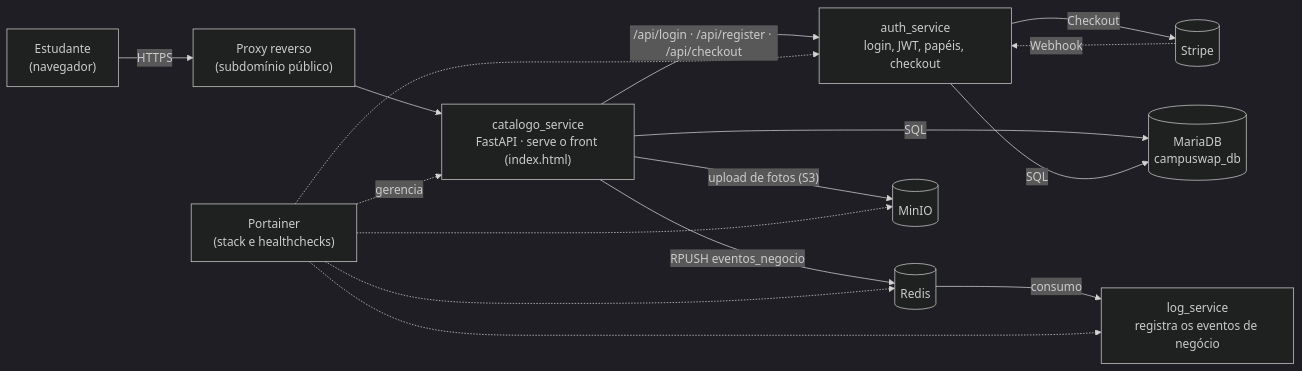
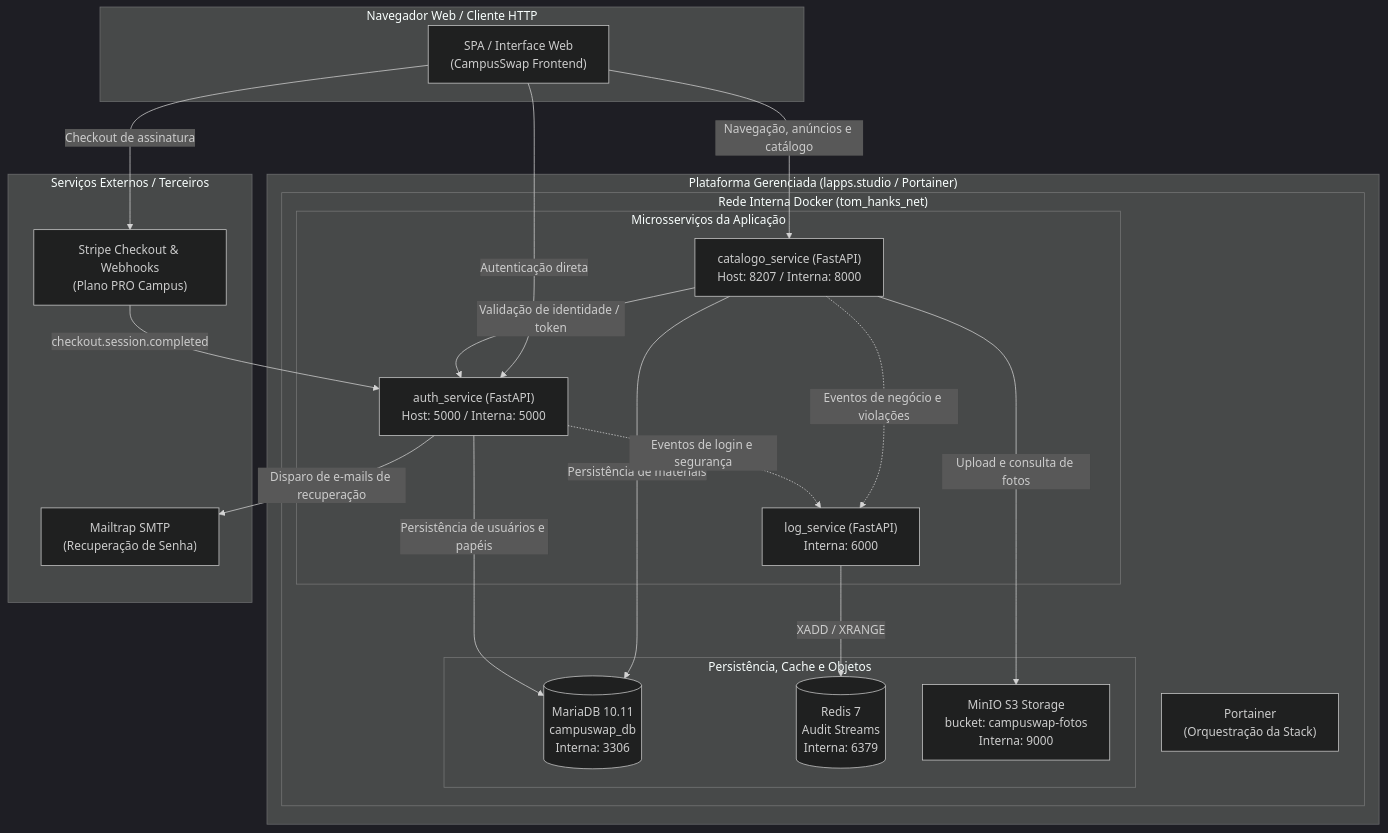
Before and after one commit to Gabriel33-fis/campuswap: the first of 2 diagrams in README.md, drawn with Mermaid (dark theme). The commit also changed other lines of this file, not shown here.

Commit message:
docs: atualiza documentacao tecnica reversa do CampuSwap

````diff
--- a/README.md
+++ b/README.md
@@ -124,21 +45,49 @@
 ```mermaid
-flowchart LR
-    U["Estudante<br/>(navegador)"] -->|HTTPS| P["Proxy reverso<br/>(subdomínio público)"]
-    P --> C["catalogo_service<br/>FastAPI · serve o front (index.html)"]
+flowchart TD
+    subgraph Cliente["Navegador Web / Cliente HTTP"]
+        UI["SPA / Interface Web<br/>(CampusSwap Frontend)"]
+    end
 
-    C -->|"/api/login · /api/register · /api/checkout"| A["auth_service<br/>login, JWT, papéis, checkout"]
-    A -->|Checkout| S[("Stripe")]
-    S -.->|Webhook| A
+    subgraph Nuvem["Plataforma Gerenciada (lapps.studio / Portainer)"]
+        subgraph PaaS["Rede Interna Docker (tom_hanks_net)"]
+            Portainer["Portainer<br/>(Orquestração da Stack)"]
 
-    C -->|SQL| DB[("MariaDB<br/>campuswap_db")]
-    A -->|SQL| DB
-    C -->|"RPUSH eventos_negocio"| R[("Redis")]
-    R -->|consumo| L["log_service<br/>registra os eventos de negócio"]
-    C -->|"upload de fotos (S3)"| M[("MinIO")]
+            subgraph Micro["Microsserviços da Aplicação"]
+                CatSvc["catalogo_service (FastAPI)<br/>Host: 8207 / Interna: 8000"]
+                AuthSvc["auth_service (FastAPI)<br/>Host: 5000 / Interna: 5000"]
+                LogSvc["log_service (FastAPI)<br/>Interna: 6000"]
+            end
 
-    PT["Portainer<br/>(stack e healthchecks)"] -.->|gerencia| C
-    PT -.-> A
-    PT -.-> L
-    PT -.-> R
-    PT -.-> M
+            subgraph Infra["Persistência, Cache e Objetos"]
+                MariaDB[("MariaDB 10.11<br/>campuswap_db<br/>Interna: 3306")]
+                Redis[("Redis 7<br/>Audit Streams<br/>Interna: 6379")]
+                MinIO["MinIO S3 Storage<br/>bucket: campuswap-fotos<br/>Interna: 9000"]
+            end
+        end
+    end
+
+    subgraph Externos["Serviços Externos / Terceiros"]
+        Stripe["Stripe Checkout & Webhooks<br/>(Plano PRO Campus)"]
+        Mailtrap["Mailtrap SMTP<br/>(Recuperação de Senha)"]
+    end
+
+    %% Fluxos do usuário
+    UI -->|Navegação, anúncios e catálogo| CatSvc
+    UI -->|Autenticação direta| AuthSvc
+    UI -->|Checkout de assinatura| Stripe
+
+    %% Fluxos entre serviços
+    CatSvc -->|Validação de identidade / token| AuthSvc
+    CatSvc -->|Persistência de materiais| MariaDB
+    CatSvc -->|Upload e consulta de fotos| MinIO
+    AuthSvc -->|Persistência de usuários e papéis| MariaDB
+    AuthSvc -->|Disparo de e-mails de recuperação| Mailtrap
+
+    %% Auditoria assíncrona
+    CatSvc -.->|Eventos de negócio e violações| LogSvc
+    AuthSvc -.->|Eventos de login e segurança| LogSvc
+    LogSvc -->|XADD / XRANGE| Redis
+
+    %% Webhooks
+    Stripe -->|checkout.session.completed| AuthSvc
 ```
````
